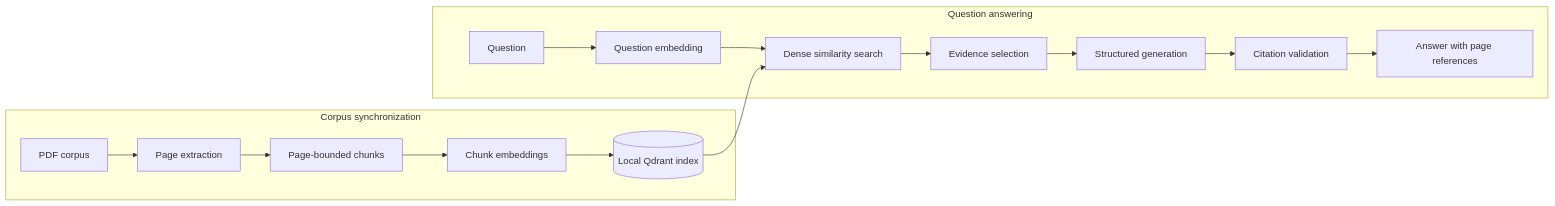
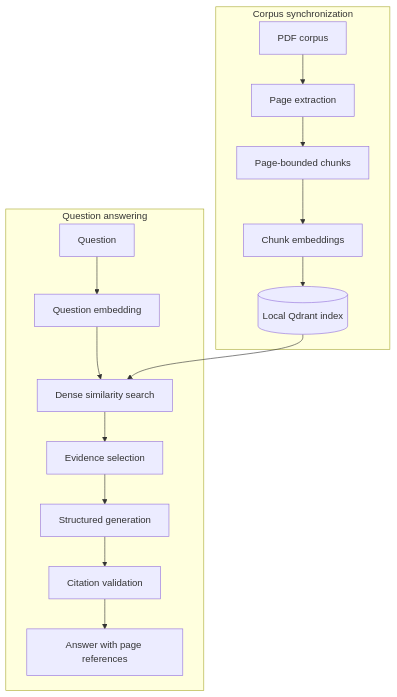
The diagram in README.md (gpuslave/simple-rag), drawn with Mermaid before and after one commit.

Commit message:
docs: render RAG pipeline vertically

````diff
--- a/README.md
+++ b/README.md
@@ -118,20 +118,20 @@
 ```mermaid
-flowchart LR
+flowchart TB
     subgraph sync [Corpus synchronization]
         PDFs[PDF corpus] --> Pages[Page extraction]
         Pages --> Chunks[Page-bounded chunks]
         Chunks --> DocumentEmbeddings[Chunk embeddings]
         DocumentEmbeddings --> Qdrant[(Local Qdrant index)]
     end
 
     subgraph ask [Question answering]
         Question[Question] --> QueryEmbedding[Question embedding]
         QueryEmbedding --> DenseSearch[Dense similarity search]
         DenseSearch --> Evidence[Evidence selection]
         Evidence --> Generation[Structured generation]
         Generation --> Validation[Citation validation]
         Validation --> Answer[Answer with page references]
     end
 
     Qdrant --> DenseSearch
 ```
````
